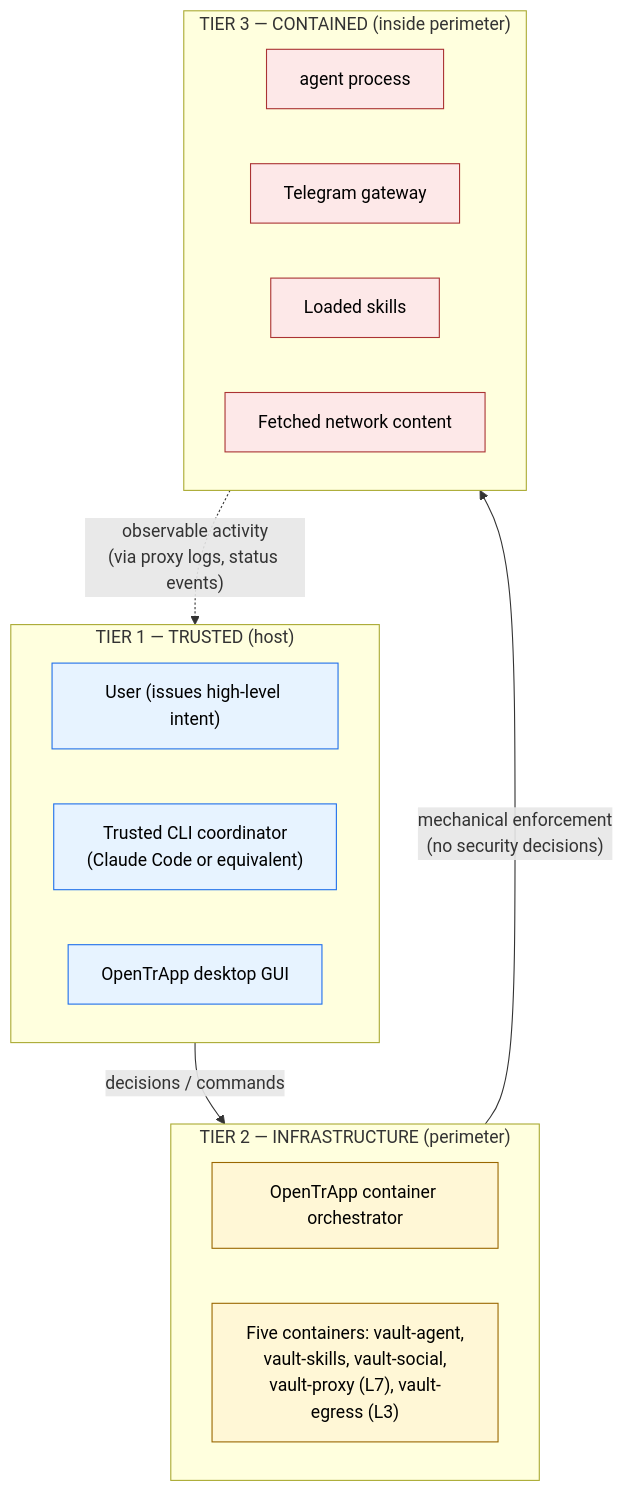
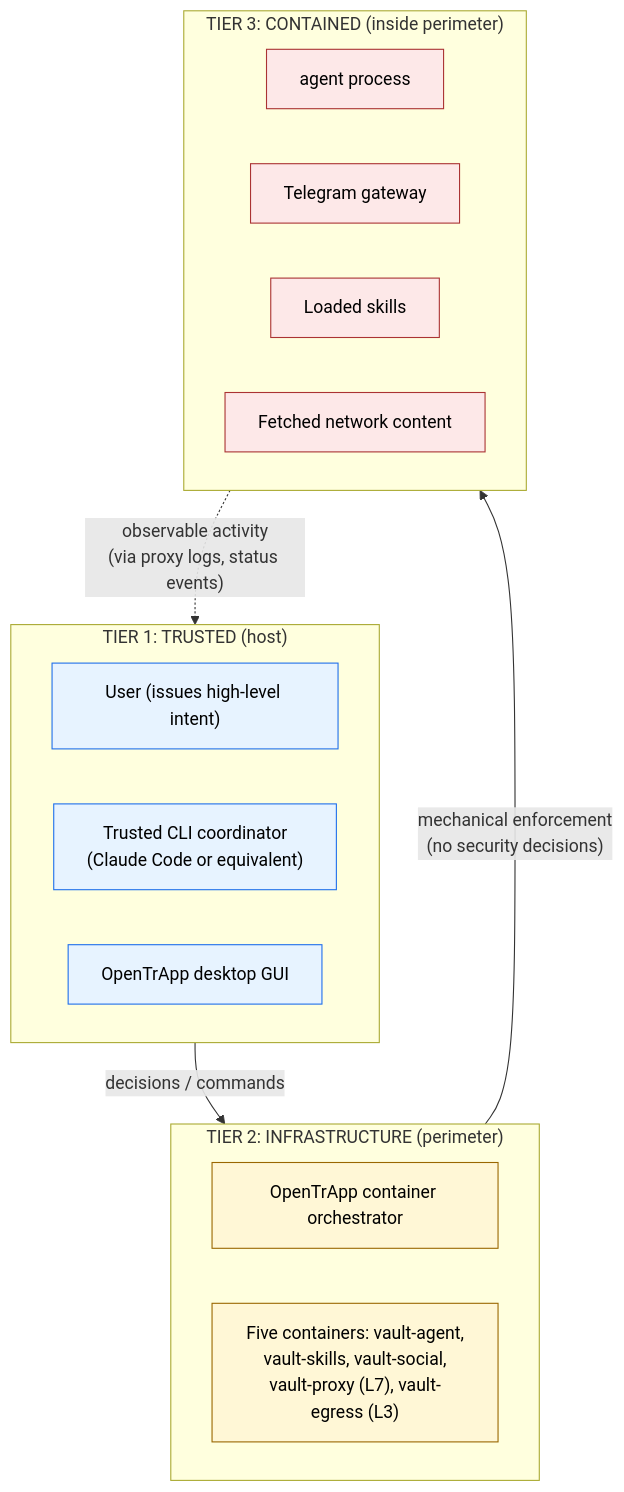
Before and after one commit to albertdobmeyer/opentrapp: the second of 5 diagrams in docs/diagrams.md, drawn with Mermaid. The commit also changed other lines of this file and 14 other files, not shown here.

````diff
--- a/docs/diagrams.md
+++ b/docs/diagrams.md
@@ -74,35 +74,35 @@
 ```mermaid
 flowchart TD
-    subgraph T1["TIER 1 — TRUSTED (host)"]
+    subgraph T1["TIER 1: TRUSTED (host)"]
         direction LR
         T1A["User (issues high-level intent)"]
         T1B["Trusted CLI coordinator<br/>(Claude Code or equivalent)"]
         T1C["OpenTrApp desktop GUI"]
     end
 
-    subgraph T2["TIER 2 — INFRASTRUCTURE (perimeter)"]
+    subgraph T2["TIER 2: INFRASTRUCTURE (perimeter)"]
         direction LR
         T2A["OpenTrApp container orchestrator"]
         T2B["Five containers: vault-agent,<br/>vault-skills, vault-social,<br/>vault-proxy (L7), vault-egress (L3)"]
     end
 
-    subgraph T3["TIER 3 — CONTAINED (inside perimeter)"]
+    subgraph T3["TIER 3: CONTAINED (inside perimeter)"]
         direction LR
         T3A[agent process]
         T3B[Telegram gateway]
         T3C[Loaded skills]
         T3D[Fetched network content]
     end
 
     T1 -->|"decisions / commands"| T2
     T2 -->|"mechanical enforcement<br/>(no security decisions)"| T3
     T3 -.->|"observable activity<br/>(via proxy logs, status events)"| T1
 
     classDef trusted fill:#e7f3ff,stroke:#1f6feb,color:#000
     classDef infra fill:#fff7d6,stroke:#9a6700,color:#000
     classDef contained fill:#fde8e8,stroke:#aa3333,color:#000
 
     class T1A,T1B,T1C trusted
     class T2A,T2B infra
     class T3A,T3B,T3C,T3D contained
 ```
````
